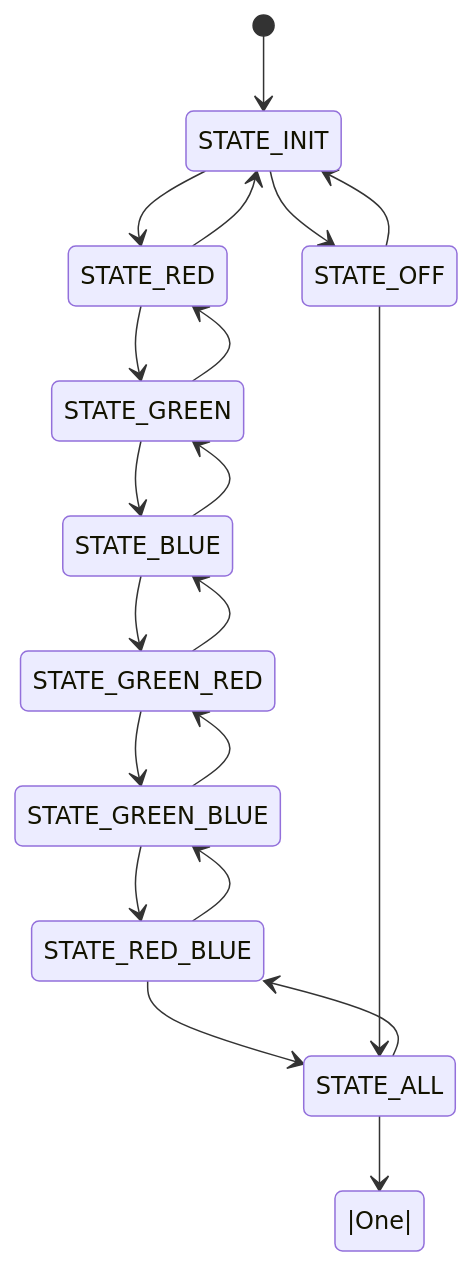
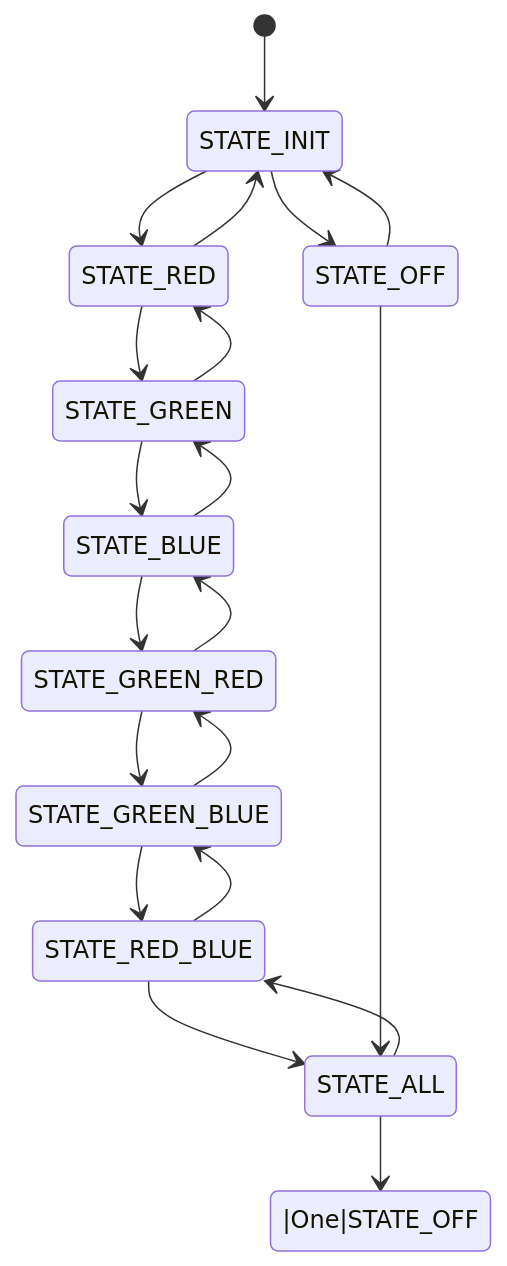
One commit to AngelMzno/iodraw-files changed the diagram in all/Mapa de Estado.md. Above: the diagram before and after it, drawn with Mermaid.

Commit message:
2024-09-03 19:50:35 update

````diff
--- a/all/Mapa de Estado.md
+++ b/all/Mapa de Estado.md
@@ -1,28 +1,28 @@
 ```mermaid
 stateDiagram-v2
 [*]-->STATE_INIT
 STATE_INIT --> STATE_RED
 STATE_RED --> STATE_GREEN
 STATE_GREEN-->STATE_BLUE
 STATE_BLUE -->STATE_GREEN_RED
 STATE_GREEN_RED -->STATE_GREEN_BLUE
 STATE_GREEN_BLUE-->STATE_RED_BLUE
 STATE_RED_BLUE-->STATE_ALL
-STATE_ALL-->|One| STATE_OFF
+STATE_ALL-->|One|STATE_OFF
 STATE_OFF-->STATE_INIT
 
 
 STATE_INIT --> STATE_OFF
 STATE_RED --> STATE_INIT
 STATE_GREEN-->STATE_RED
 STATE_BLUE -->STATE_GREEN
 STATE_GREEN_RED -->STATE_BLUE
 STATE_GREEN_BLUE-->STATE_GREEN_RED
 STATE_RED_BLUE-->STATE_GREEN_BLUE
 STATE_ALL-->STATE_RED_BLUE
 STATE_OFF-->STATE_ALL
 
 
 
 
 ```
````
